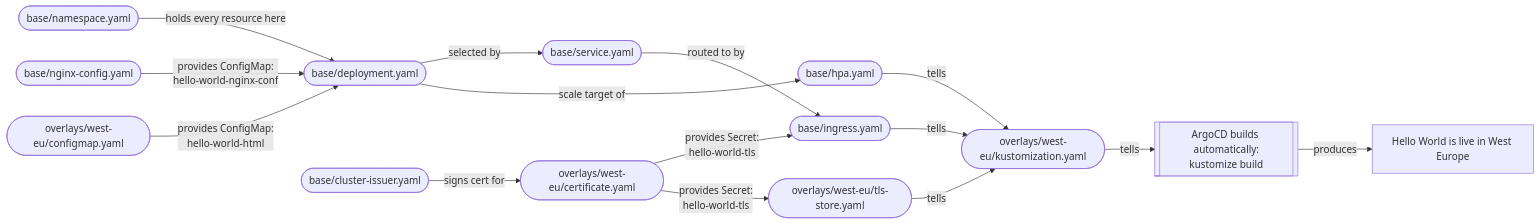
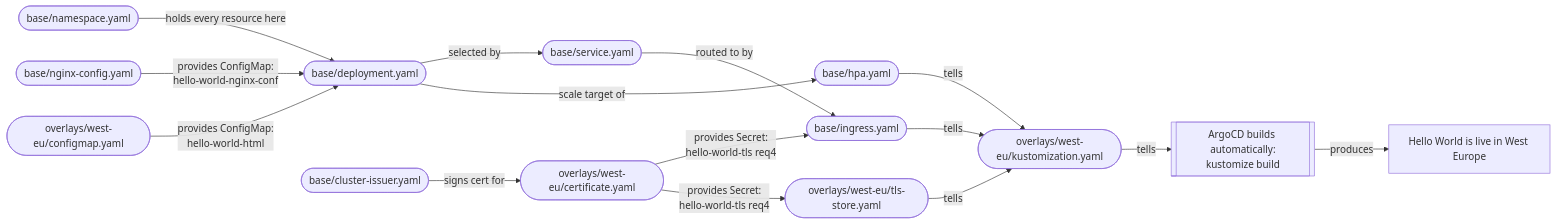
One commit to Dennis4507/cloud-native-ha-platform changed the sixth of 7 diagrams in README.md. Above: the diagram before and after it, drawn with Mermaid. The commit also changed other lines of this file, not shown here.

````diff
--- a/README.md
+++ b/README.md
@@ -164,17 +160,17 @@
 ```mermaid
 flowchart LR
     NS(["base/namespace.yaml"]) -->|holds every resource here| DEPLOY(["base/deployment.yaml"])
     NGINXCONF(["base/nginx-config.yaml"]) -->|provides ConfigMap:<br/>hello-world-nginx-conf| DEPLOY
     CM(["overlays/west-eu/configmap.yaml"]) -->|provides ConfigMap:<br/>hello-world-html| DEPLOY
     DEPLOY -->|selected by| SVC(["base/service.yaml"])
     DEPLOY -->|scale target of| HPA(["base/hpa.yaml"])
     SVC -->|routed to by| ING(["base/ingress.yaml"])
     ISSUER(["base/cluster-issuer.yaml"]) -->|signs cert for| CERT(["overlays/west-eu/certificate.yaml"])
-    CERT -->|provides Secret:<br/>hello-world-tls| ING
-    CERT -->|provides Secret:<br/>hello-world-tls| TLSSTORE(["overlays/west-eu/tls-store.yaml"])
+    CERT -->|provides Secret:<br/>hello-world-tls req4| ING
+    CERT -->|provides Secret:<br/>hello-world-tls req4| TLSSTORE(["overlays/west-eu/tls-store.yaml"])
     ING -->|tells| KUST(["overlays/west-eu/kustomization.yaml"])
     HPA -->|tells| KUST
     TLSSTORE -->|tells| KUST
     KUST -->|tells| CMD[["ArgoCD builds automatically:<br/>kustomize build"]]
     CMD -->|produces| RESULT["Hello World is live in West Europe"]
 ```
````
